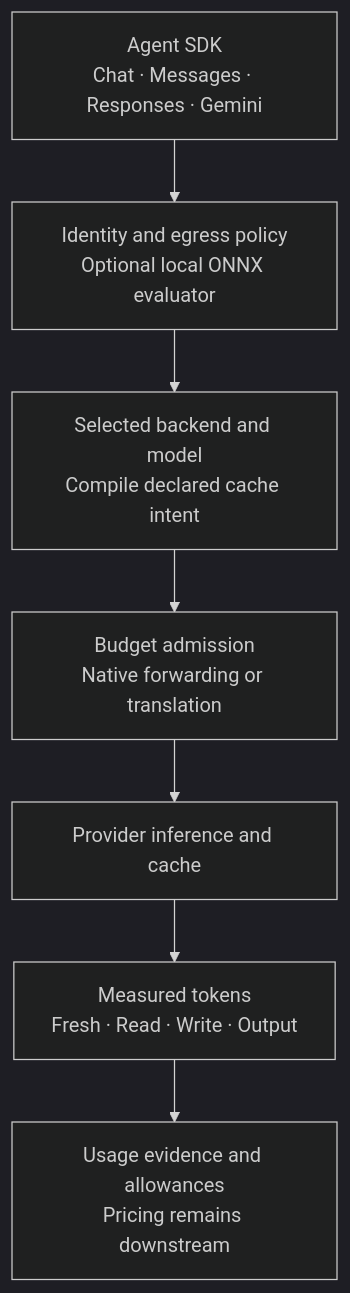
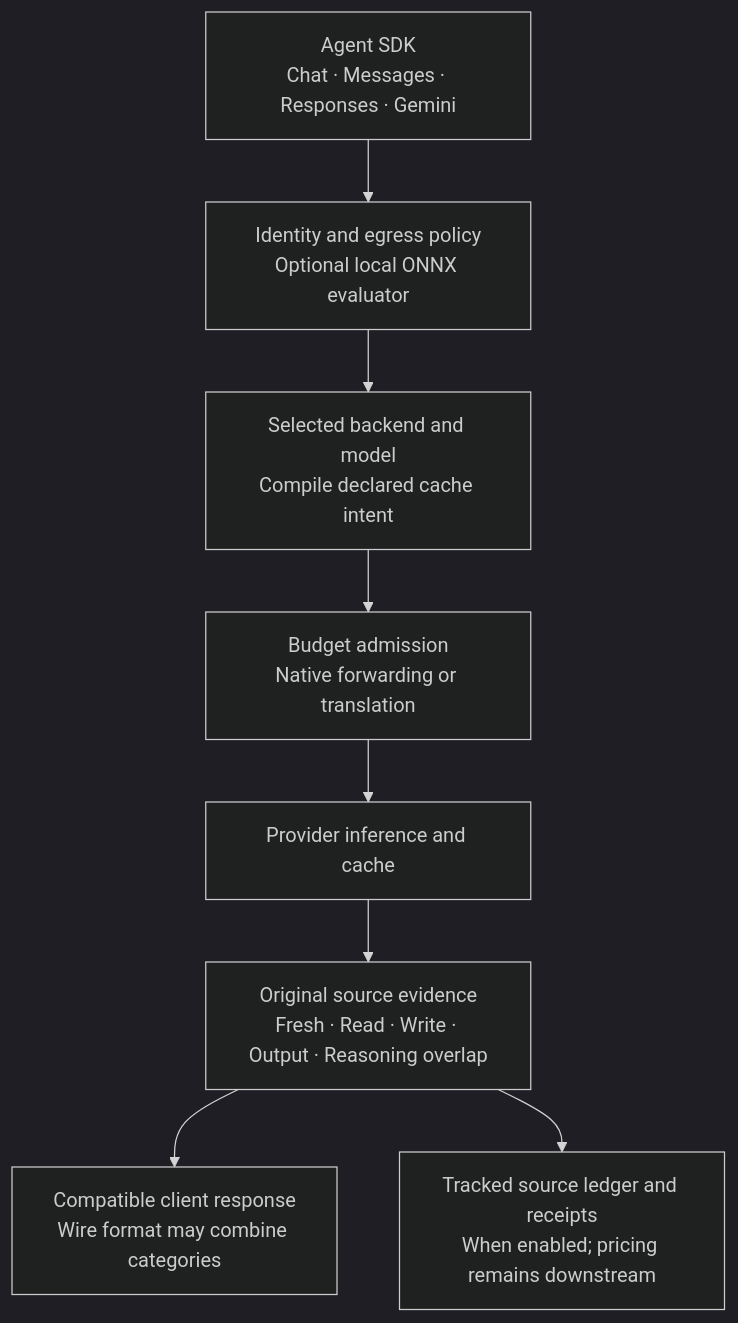
One commit to anvai-labs/sandhi changed the first of 4 diagrams in docs/product/cache-aware-routing.md. Above: the diagram before and after it, drawn with Mermaid (dark theme). The commit also changed other lines of this file and 13 other files, not shown here.

````diff
--- a/docs/product/cache-aware-routing.md
+++ b/docs/product/cache-aware-routing.md
@@ -83,9 +64,10 @@
 ```mermaid
 flowchart TB
     A["Agent SDK<br/>Chat · Messages · Responses · Gemini"] --> B["Identity and egress policy<br/>Optional local ONNX evaluator"]
     B --> C["Selected backend and model<br/>Compile declared cache intent"]
     C --> D["Budget admission<br/>Native forwarding or translation"]
     D --> E["Provider inference and cache"]
-    E --> F["Measured tokens<br/>Fresh · Read · Write · Output"]
-    F --> G["Usage evidence and allowances<br/>Pricing remains downstream"]
+    E --> F["Original source evidence<br/>Fresh · Read · Write · Output · Reasoning overlap"]
+    F --> G["Compatible client response<br/>Wire format may combine categories"]
+    F --> H["Tracked source ledger and receipts<br/>When enabled; pricing remains downstream"]
 ```
````
